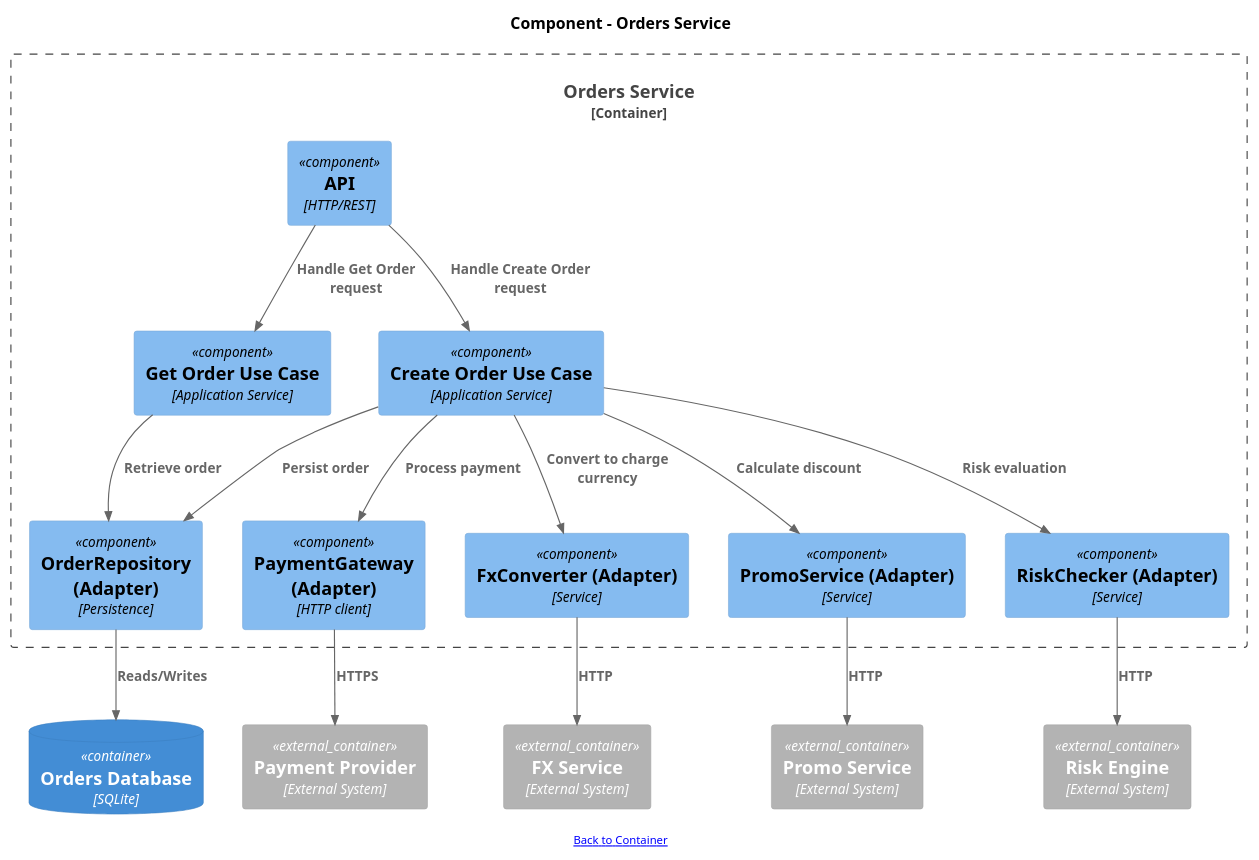
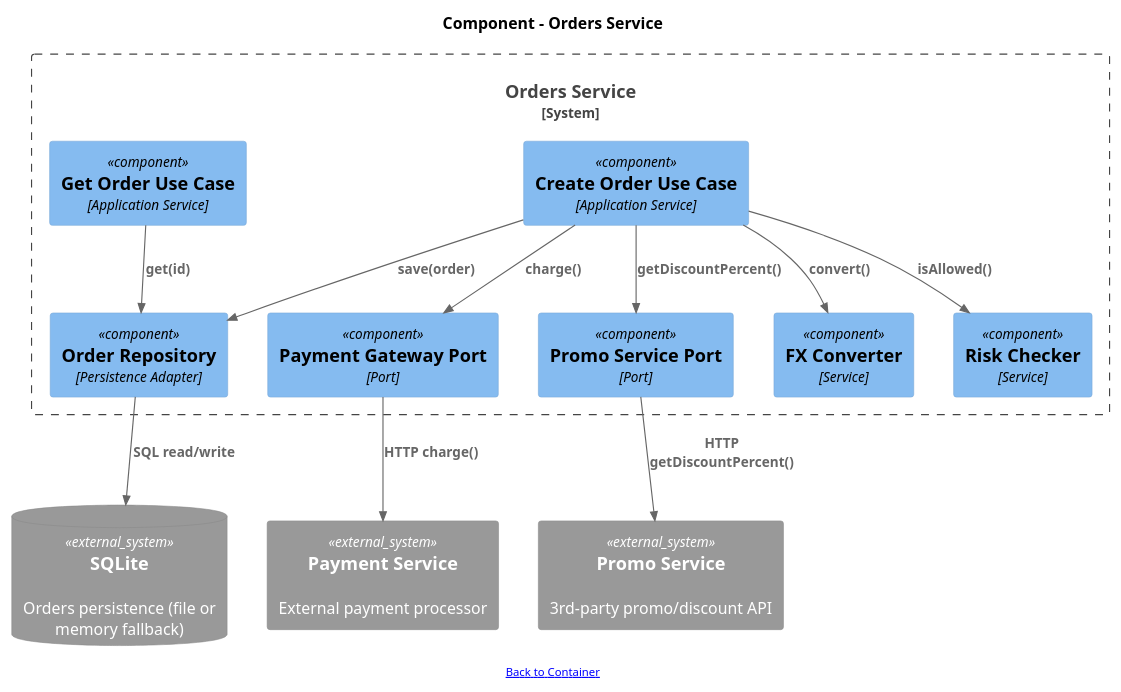
The diagram in docs/c4-component.puml (mundiir/meetup-2025-orders-service), drawn with PlantUML before and after one commit. The commit also changed 7 other files, not shown here.

```diff
--- a/docs/c4-component.puml
+++ b/docs/c4-component.puml
@@ -1,44 +1,37 @@
 @startuml
 !includeurl https://raw.githubusercontent.com/plantuml-stdlib/C4-PlantUML/master/C4_Context.puml
 !includeurl https://raw.githubusercontent.com/plantuml-stdlib/C4-PlantUML/master/C4_Component.puml
 
 LAYOUT_TOP_DOWN()
 
 title Component - Orders Service
 
-Container_Boundary(orders_cmp, "Orders Service") {
-  Component(orders_api, "API", "HTTP/REST")
-  Component(orders_uc1, "Get Order Use Case", "Application Service", $link="sequence-get-order.svg")
-  Component(orders_app, "Create Order Use Case", "Application Service", $link="sequence-create-order.svg")
-  Component(orders_repo, "OrderRepository (Adapter)", "Persistence", $link="https://github.com/mundiir/meetup-2025-orders-service/tree/main/src/Infrastructure/Persistence")
-  Component(orders_pay, "PaymentGateway (Adapter)", "HTTP client", $link="https://github.com/mundiir/meetup-2025-orders-service/tree/main/src/Infrastructure/Http")
-  Component(orders_fx, "FxConverter (Adapter)", "Service", $link="https://github.com/mundiir/meetup-2025-orders-service/tree/main/src/Infrastructure/Service")
-  Component(orders_promo, "PromoService (Adapter)", "Service", $link="https://github.com/mundiir/meetup-2025-orders-service/tree/main/src/Infrastructure/Service")
-  Component(orders_risk, "RiskChecker (Adapter)", "Service", $link="https://github.com/mundiir/meetup-2025-orders-service/tree/main/src/Infrastructure/Service")
+System_Boundary(orders_sys, "Orders Service") {
+  Component(orders_create, "Create Order Use Case", "Application Service", $link="sequence-create-order.svg")
+  Component(orders_get, "Get Order Use Case", "Application Service", $link="sequence-get-order.svg")
+  Component(orders_repo, "Order Repository", "Persistence Adapter")
+  Component(orders_pay, "Payment Gateway Port", "Port")
+  Component(orders_promo, "Promo Service Port", "Port")
+  Component(orders_fx, "FX Converter", "Service")
+  Component(orders_risk, "Risk Checker", "Service")
 }
 
-' External dependencies around the container (Containers)
-ContainerDb(orders_db, "Orders Database", "SQLite", $link="er.svg")
-Container_Ext(payment_sys, "Payment Provider", "External System")
-Container_Ext(promo_sys, "Promo Service", "External System")
-Container_Ext(fx_sys, "FX Service", "External System")
-Container_Ext(risk_sys, "Risk Engine", "External System")
+' External dependencies surrounding the microservice
+System_Ext(payment_api, "Payment Service", "External payment processor")
+System_Ext(promo_api, "Promo Service", "3rd‑party promo/discount API")
+SystemDb_Ext(sqlite_db, "SQLite", "Orders persistence (file or memory fallback)", $link="er.svg")
 
-Rel(orders_api, orders_app, "Handle Create Order request")
-Rel(orders_api, orders_uc1, "Handle Get Order request")
-Rel(orders_app, orders_promo, "Calculate discount")
-Rel(orders_app, orders_fx, "Convert to charge currency")
-Rel(orders_app, orders_risk, "Risk evaluation")
-Rel(orders_app, orders_pay, "Process payment")
-Rel(orders_app, orders_repo, "Persist order")
-Rel(orders_uc1, orders_repo, "Retrieve order")
+Rel(orders_create, orders_repo, "save(order)")
+Rel(orders_create, orders_pay, "charge()")
+Rel(orders_create, orders_promo, "getDiscountPercent()")
+Rel(orders_create, orders_fx, "convert()")
+Rel(orders_create, orders_risk, "isAllowed()")
+Rel(orders_get, orders_repo, "get(id)")
 
-' Adapters talk to external containers
-Rel(orders_repo, orders_db, "Reads/Writes")
-Rel(orders_pay, payment_sys, "HTTPS")
-Rel(orders_promo, promo_sys, "HTTP")
-Rel(orders_fx, fx_sys, "HTTP")
-Rel(orders_risk, risk_sys, "HTTP")
+' Adapter → External relations
+Rel(orders_pay, payment_api, "HTTP charge()")
+Rel(orders_promo, promo_api, "HTTP getDiscountPercent()")
+Rel(orders_repo, sqlite_db, "SQL read/write")
 
 footer [[https://mundiir.github.io/meetup-2025-landscape/c4-containers.svg Back to Container]]
 @enduml
```
